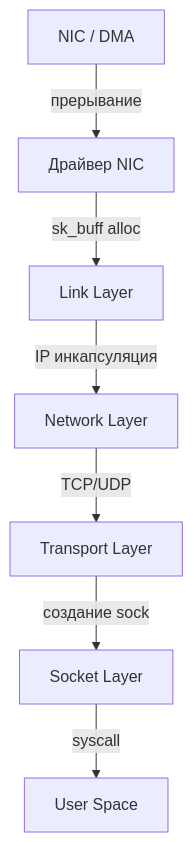
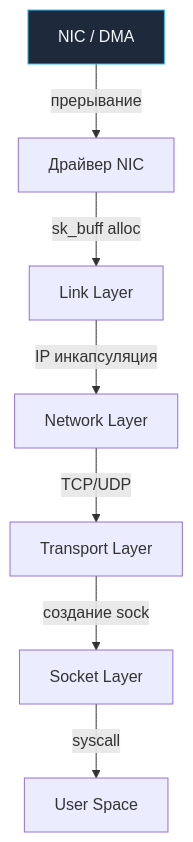
One commit to UnrealTemplier/go-textbook changed the first of 3 diagrams in sources/3. Компьютерные сети и сетевой стек/37. Сетевой стек Linux под капотом.md. Above: the diagram before and after it, drawn with Mermaid. The commit also changed other lines of this file and 1666 other files, not shown here.

First line of the commit message:
feat(mermaid): add semantic color classDef to 1369 colorless flowchart/graph diagrams

````diff
--- a/sources/3. Компьютерные сети и сетевой стек/37. Сетевой стек Linux под капотом.md
+++ b/sources/3. Компьютерные сети и сетевой стек/37. Сетевой стек Linux под капотом.md
@@ -36,9 +36,19 @@
 ```mermaid
 flowchart TD
-    A["NIC / DMA"] -->|"прерывание"| B["Драйвер NIC"]
+    classDef process  fill:#1e293b,stroke:#38bdf8,stroke-width:1px,color:#f8fafc
+    classDef success  fill:#064e3b,stroke:#34d399,stroke-width:1px,color:#f8fafc
+    classDef error    fill:#7f1d1d,stroke:#f87171,stroke-width:1px,color:#f8fafc
+    classDef warning  fill:#78350f,stroke:#fbbf24,stroke-width:1px,color:#f8fafc
+    classDef entry    fill:#1e3a5f,stroke:#38bdf8,stroke-width:2px,color:#f8fafc
+    classDef aux      fill:#334155,stroke:#64748b,stroke-width:1px,color:#f8fafc
+    classDef system   fill:#312e81,stroke:#a78bfa,stroke-width:1px,color:#f8fafc
+    classDef data     fill:#132d29,stroke:#2dd4bf,stroke-width:1px,color:#f8fafc
+    classDef network  fill:#881337,stroke:#fb7185,stroke-width:1px,color:#f8fafc
+    classDef accent   fill:#1e1b4b,stroke:#818cf8,stroke-width:1px,color:#f8fafc
+    A["NIC / DMA"]:::process -->|"прерывание"| B["Драйвер NIC"]
     B -->|"sk_buff alloc"| C["Link Layer"]
     C -->|"IP инкапсуляция"| D["Network Layer"]
     D -->|"TCP/UDP"| E["Transport Layer"]
     E -->|"создание sock"| F["Socket Layer"]
     F -->|"syscall"| G["User Space"]
 ```
````
